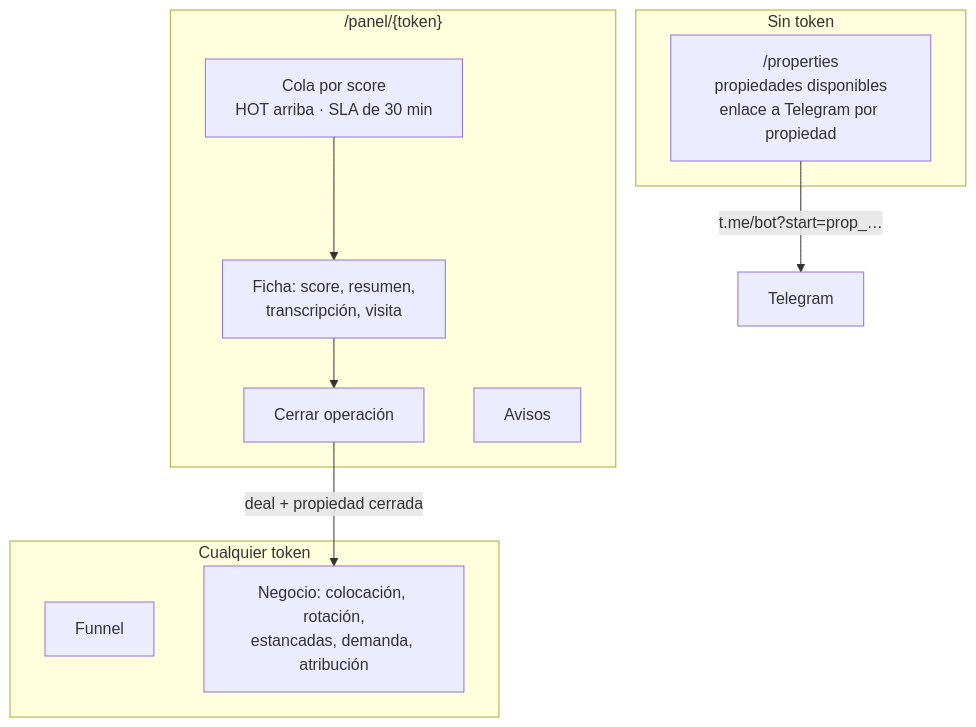
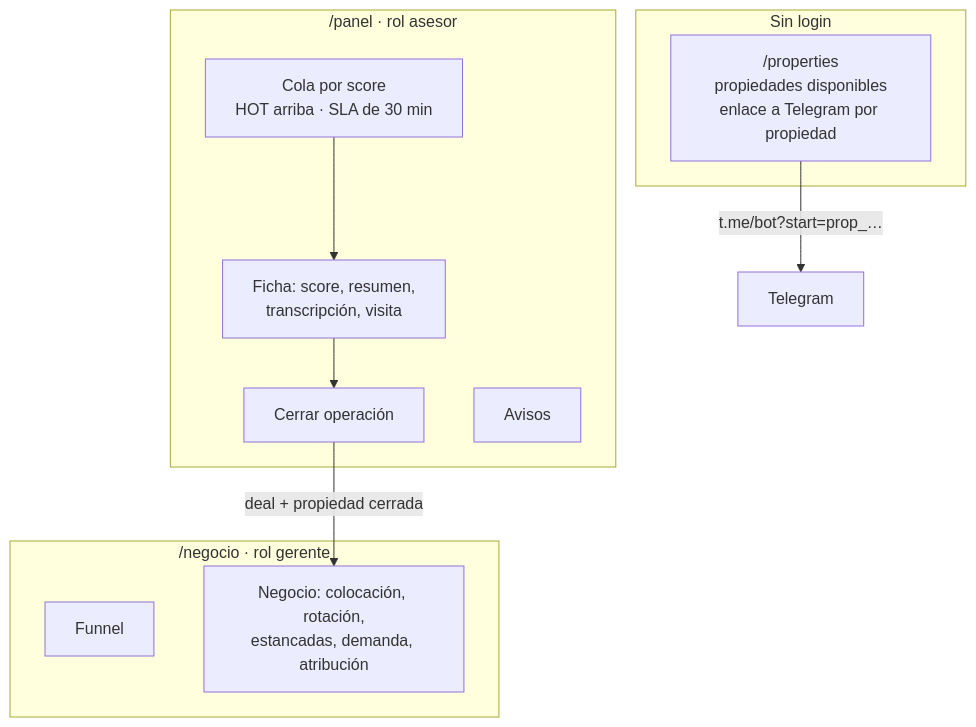
Before and after one commit to softserve-leads-inmobiliaria/SoftServe-Agente-Lead-Inmobiliaro: diagram 15 of 19 in docs/DESIGN/arquitectura-por-piezas.md, drawn with Mermaid. The commit also changed other lines of this file and 41 other files, not shown here.

First line of the commit message:
[B-17] Login del panel con roles de asesor y gerente (#266)

````diff
--- a/docs/DESIGN/arquitectura-por-piezas.md
+++ b/docs/DESIGN/arquitectura-por-piezas.md
@@ -452,19 +452,19 @@
 ```mermaid
 flowchart TB
-    subgraph Publico["Sin token"]
+    subgraph Publico["Sin login"]
         LAND["/properties<br/>propiedades disponibles<br/>enlace a Telegram por propiedad"]
     end
-    subgraph Asesor["/panel/{token}"]
+    subgraph Asesor["/panel · rol asesor"]
         COLA["Cola por score<br/>HOT arriba · SLA de 30 min"]
         FICHA["Ficha: score, resumen,<br/>transcripción, visita"]
         CERRAR["Cerrar operación"]
         AVISOS["Avisos"]
     end
-    subgraph Gerencia["Cualquier token"]
+    subgraph Gerencia["/negocio · rol gerente"]
         FUN["Funnel"]
         NEG["Negocio: colocación, rotación,<br/>estancadas, demanda, atribución"]
     end
     COLA --> FICHA --> CERRAR
     CERRAR -->|"deal + propiedad cerrada"| NEG
     LAND -->|"t.me/bot?start=prop_…"| TG["Telegram"]
 ```
````
